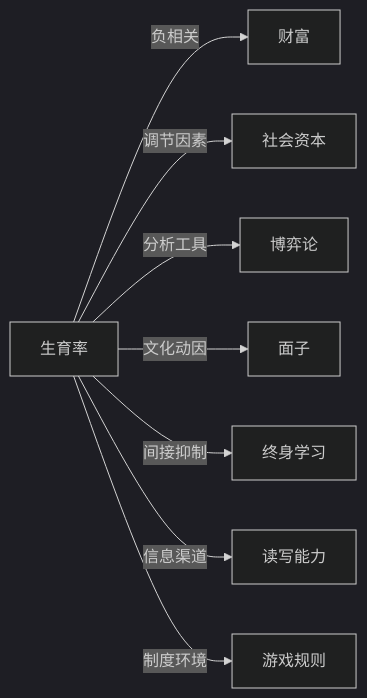
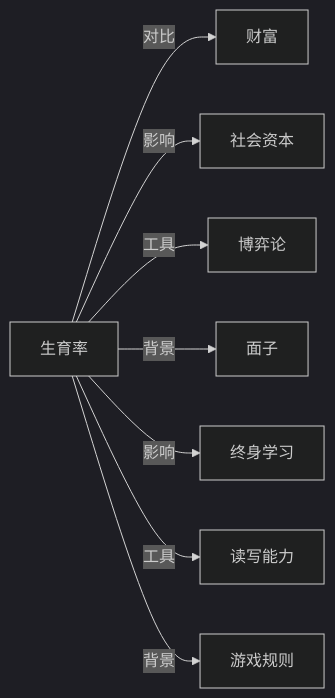
Before and after one commit to KIMMCHOW/MyKnowledge: the diagram in Knowledge/Concepts/人口学/生育率.md, drawn with Mermaid (dark theme). The commit also changed 95 other files, not shown here.

Commit message:
reorganize: 统一关系图边标签为11类

````diff
--- a/Knowledge/Concepts/人口学/生育率.md
+++ b/Knowledge/Concepts/人口学/生育率.md
@@ -47,10 +47,10 @@
 ```mermaid
 graph LR
-生育率 -->|负相关| 财富
-生育率 -->|调节因素| 社会资本
-生育率 -->|分析工具| 博弈论
-生育率 -->|文化动因| 面子
-生育率 -->|间接抑制| 终身学习
-生育率 -->|信息渠道| 读写能力
-生育率 -->|制度环境| 游戏规则
+生育率 -->|对比| 财富
+生育率 -->|影响| 社会资本
+生育率 -->|工具| 博弈论
+生育率 -->|背景| 面子
+生育率 -->|影响| 终身学习
+生育率 -->|工具| 读写能力
+生育率 -->|背景| 游戏规则
 ```
````
